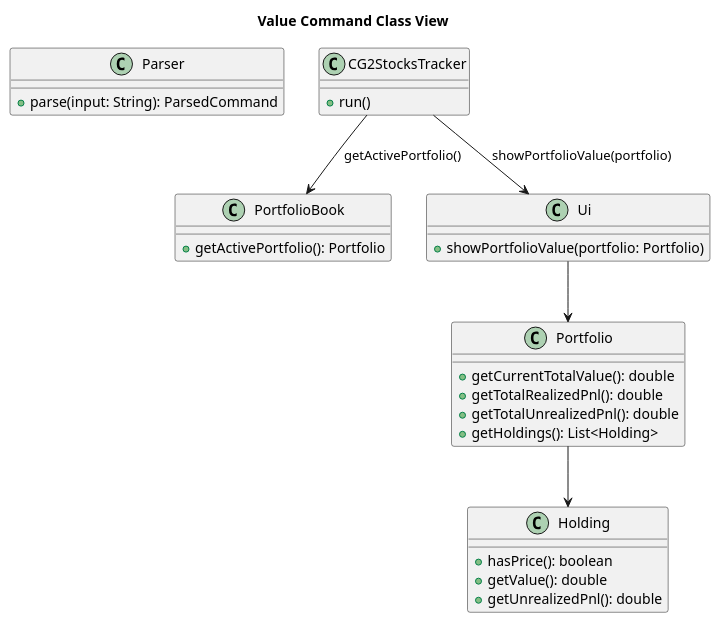
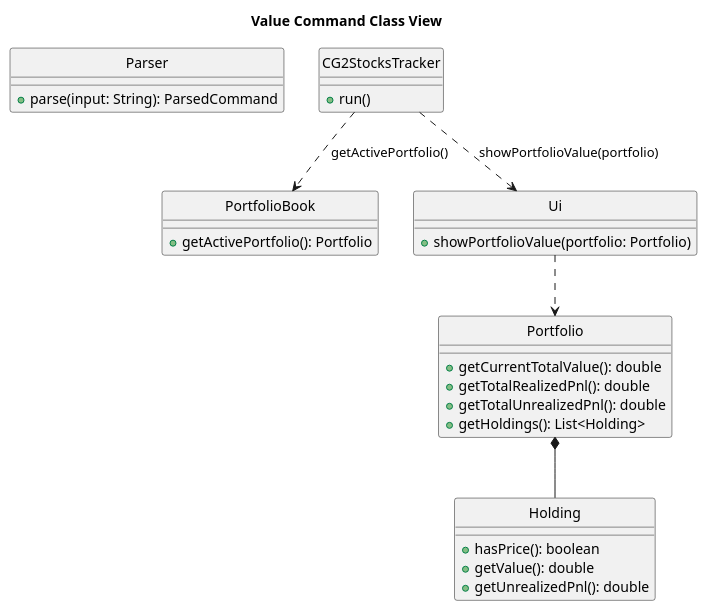
Before and after one commit to zenweilow/tp: the diagram in docs/diagrams/UML/value-command-class.puml, drawn with PlantUML. The commit also changed 31 other files, not shown here.

Commit message:
Update UML and fix AboutUs page

```diff
--- a/docs/diagrams/UML/value-command-class.puml
+++ b/docs/diagrams/UML/value-command-class.puml
@@ -2,37 +2,38 @@
 @startuml
 title Value Command Class View
+hide circles
 
 class Parser {
   + parse(input: String): ParsedCommand
 }
 
 class CG2StocksTracker {
   + run()
 }
 
 class PortfolioBook {
   + getActivePortfolio(): Portfolio
 }
 
 class Portfolio {
   + getCurrentTotalValue(): double
   + getTotalRealizedPnl(): double
   + getTotalUnrealizedPnl(): double
   + getHoldings(): List<Holding>
 }
 
 class Holding {
   + hasPrice(): boolean
   + getValue(): double
   + getUnrealizedPnl(): double
 }
 
 class Ui {
   + showPortfolioValue(portfolio: Portfolio)
 }
 
-CG2StocksTracker --> PortfolioBook : getActivePortfolio()
-CG2StocksTracker --> Ui : showPortfolioValue(portfolio)
-Ui --> Portfolio
-Portfolio --> Holding
+CG2StocksTracker ..> PortfolioBook : getActivePortfolio()
+CG2StocksTracker ..> Ui : showPortfolioValue(portfolio)
+Ui ..> Portfolio
+Portfolio *-- Holding
 @enduml
```
